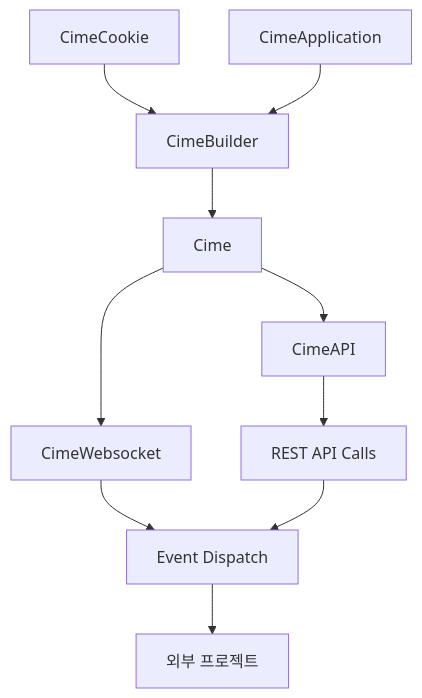
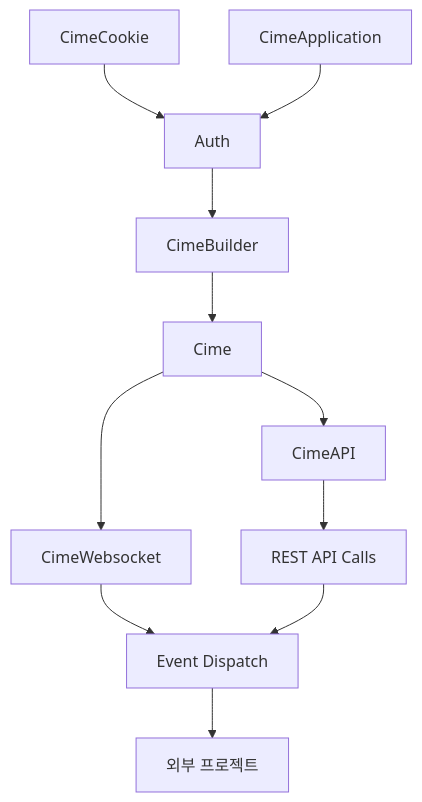
One commit to as7ar/cime4j changed the diagram in README.md. Above: the diagram before and after it, drawn with Mermaid.

Commit message:
Change flowchart connections for Cime components
Updated the flowchart connections for CimeCookie and CimeApplication to point to Auth instead of A.

````diff
--- a/README.md
+++ b/README.md
@@ -142,14 +142,16 @@
 ```mermaid
 graph TD
     A[CimeBuilder] --> B[Cime]
     B --> C[CimeWebsocket]
     B --> D[CimeAPI]
     C --> E[Event Dispatch]
     D --> F[REST API Calls]
     F --> E
 
     E -->I[외부 프로젝트]
+
+    J[Auth] --> A
     
-    G[CimeCookie] --> A
-    H[CimeApplication] --> A
+    G[CimeCookie] --> J
+    H[CimeApplication] --> J
 ```
````
